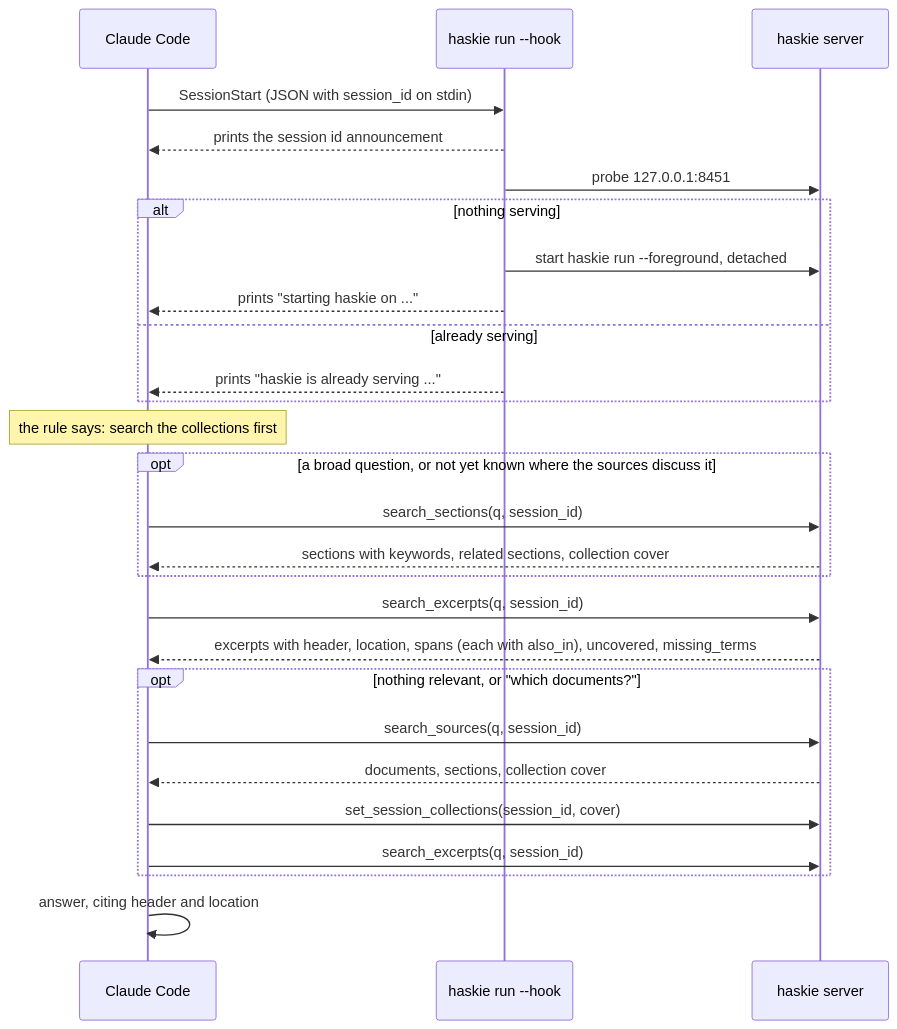
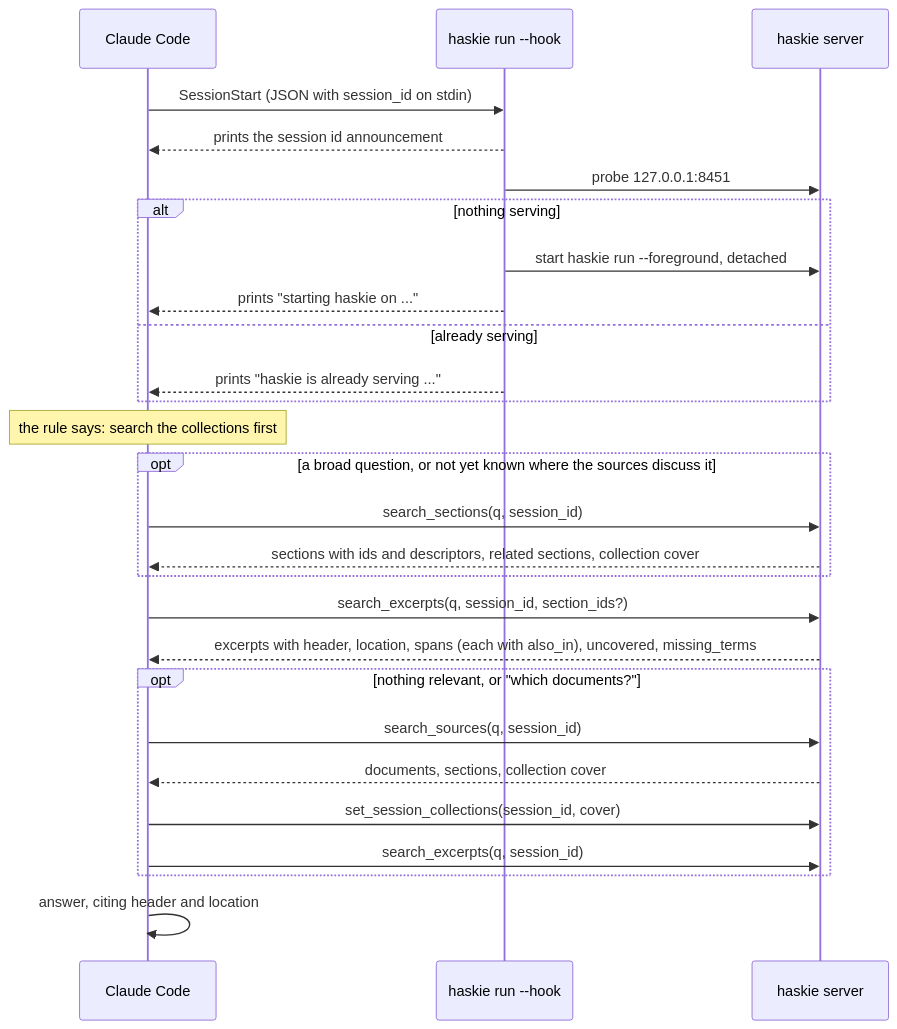
Before and after one commit to haskian/haskie: the second of 2 diagrams in docs/mcp.md, drawn with Mermaid. The commit also changed other lines of this file and 82 other files, not shown here.

````diff
--- a/docs/mcp.md
+++ b/docs/mcp.md
@@ -54,29 +59,29 @@
 ```mermaid
 sequenceDiagram
     participant CC as Claude Code
     participant Hook as haskie run --hook
     participant H as haskie server
     CC->>Hook: SessionStart (JSON with session_id on stdin)
     Hook-->>CC: prints the session id announcement
     Hook->>H: probe 127.0.0.1:8451
     alt nothing serving
         Hook->>H: start haskie run --foreground, detached
         Hook-->>CC: prints "starting haskie on ..."
     else already serving
         Hook-->>CC: prints "haskie is already serving ..."
     end
     Note over CC: the rule says: search the collections first
     opt a broad question, or not yet known where the sources discuss it
         CC->>H: search_sections(q, session_id)
-        H-->>CC: sections with keywords, related sections, collection cover
+        H-->>CC: sections with ids and descriptors, related sections, collection cover
     end
-    CC->>H: search_excerpts(q, session_id)
+    CC->>H: search_excerpts(q, session_id, section_ids?)
     H-->>CC: excerpts with header, location, spans (each with also_in), uncovered, missing_terms
     opt nothing relevant, or "which documents?"
         CC->>H: search_sources(q, session_id)
         H-->>CC: documents, sections, collection cover
         CC->>H: set_session_collections(session_id, cover)
         CC->>H: search_excerpts(q, session_id)
     end
     CC->>CC: answer, citing header and location
 ```
````
